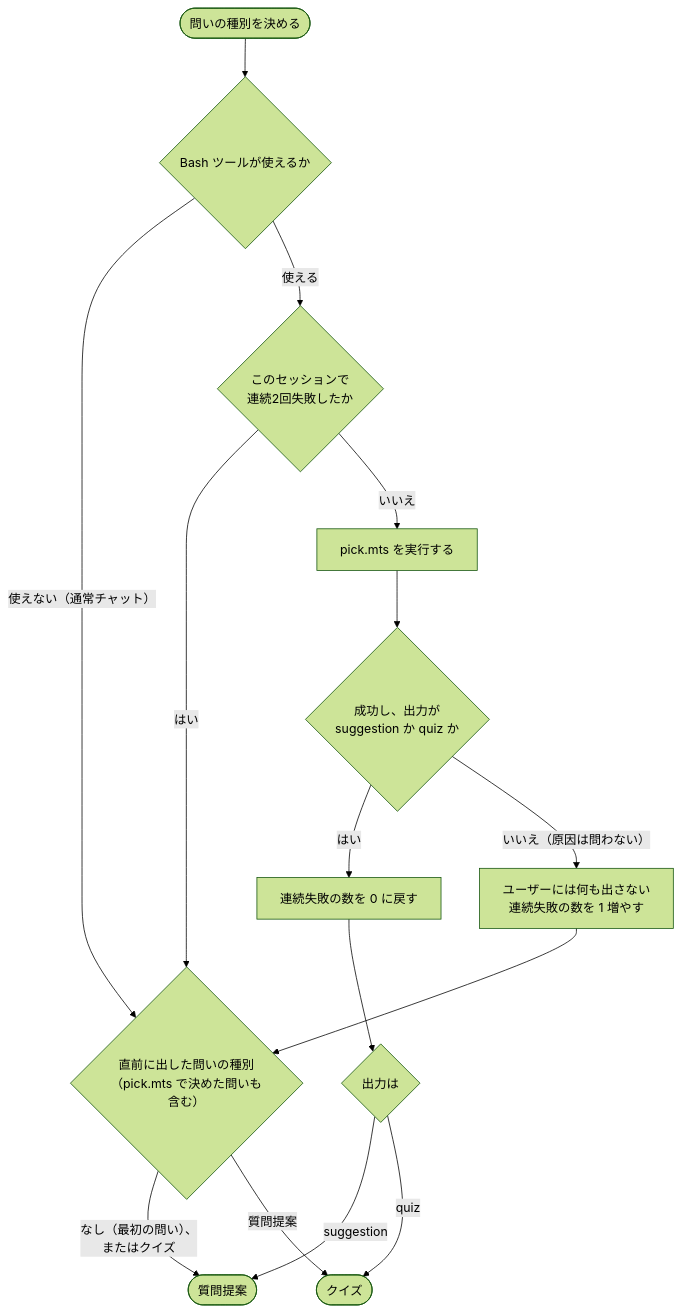
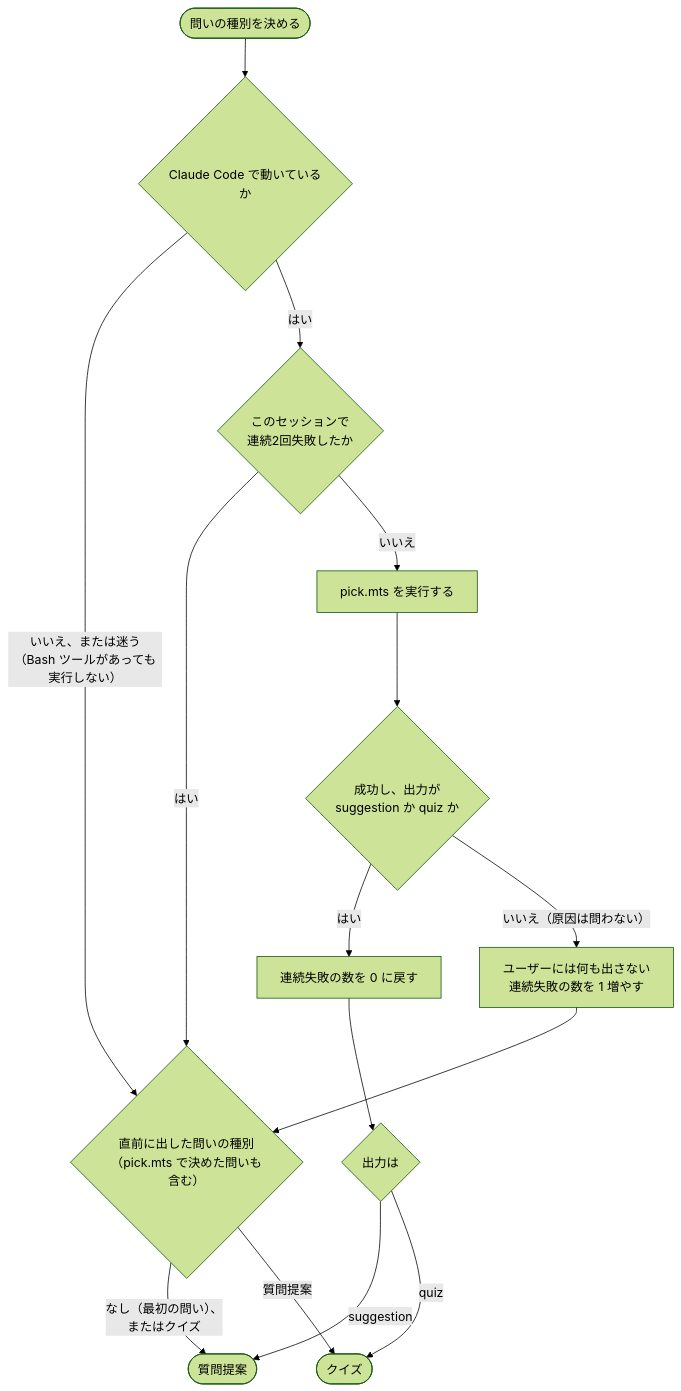
The second of 3 diagrams in skills/rikai/SKILL.md (kokuto821/rikai), drawn with Mermaid (forest theme) before and after one commit. The commit also changed other lines of this file and 1 other file, not shown here.

````diff
--- a/skills/rikai/SKILL.md
+++ b/skills/rikai/SKILL.md
@@ -96,17 +96,17 @@
 ```mermaid
 flowchart TD
-    Start(["問いの種別を決める"]) --> HasBash{"Bash ツールが使えるか"}
-    HasBash -- "使えない（通常チャット）" --> Opposite
-    HasBash -- "使える" --> Stopped{"このセッションで<br/>連続2回失敗したか"}
+    Start(["問いの種別を決める"]) --> IsCC{"Claude Code で動いているか"}
+    IsCC -- "いいえ、または迷う<br/>（Bash ツールがあっても実行しない）" --> Opposite
+    IsCC -- "はい" --> Stopped{"このセッションで<br/>連続2回失敗したか"}
     Stopped -- "はい" --> Opposite
     Stopped -- "いいえ" --> Run["pick.mts を実行する"]
     Run --> Valid{"成功し、出力が<br/>suggestion か quiz か"}
     Valid -- "はい" --> Reset["連続失敗の数を 0 に戻す"]
     Reset --> Result{"出力は"}
     Result -- "suggestion" --> Suggest(["質問提案"])
     Result -- "quiz" --> Quiz(["クイズ"])
     Valid -- "いいえ（原因は問わない）" --> Count["ユーザーには何も出さない<br/>連続失敗の数を 1 増やす"]
     Count --> Opposite{"直前に出した問いの種別<br/>（pick.mts で決めた問いも含む）"}
     Opposite -- "なし（最初の問い）、<br/>またはクイズ" --> Suggest
     Opposite -- "質問提案" --> Quiz
 ```
````
